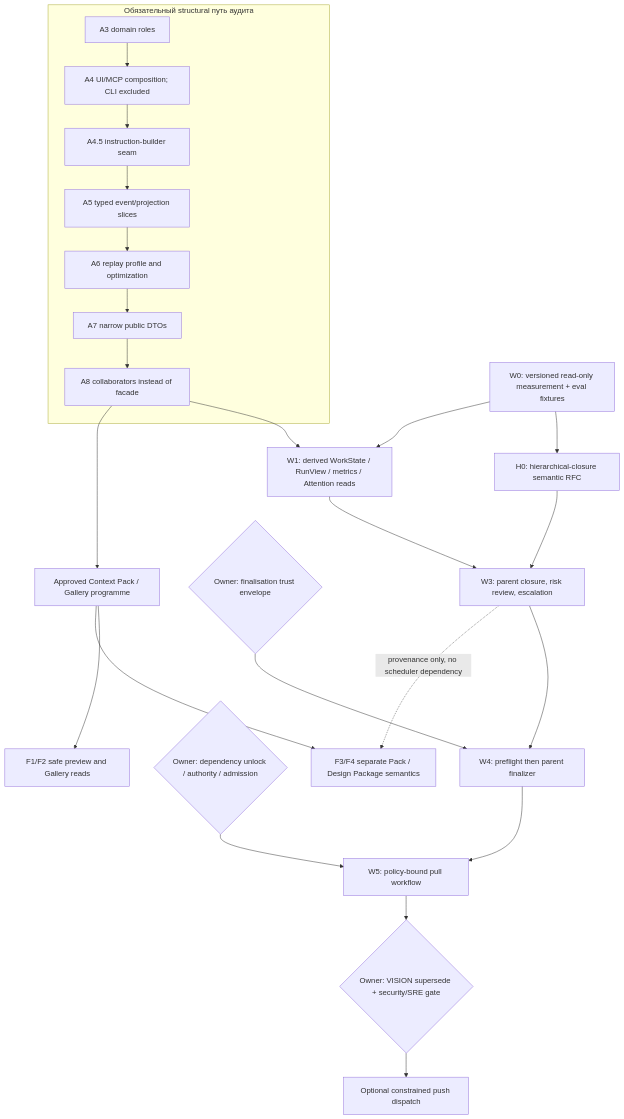
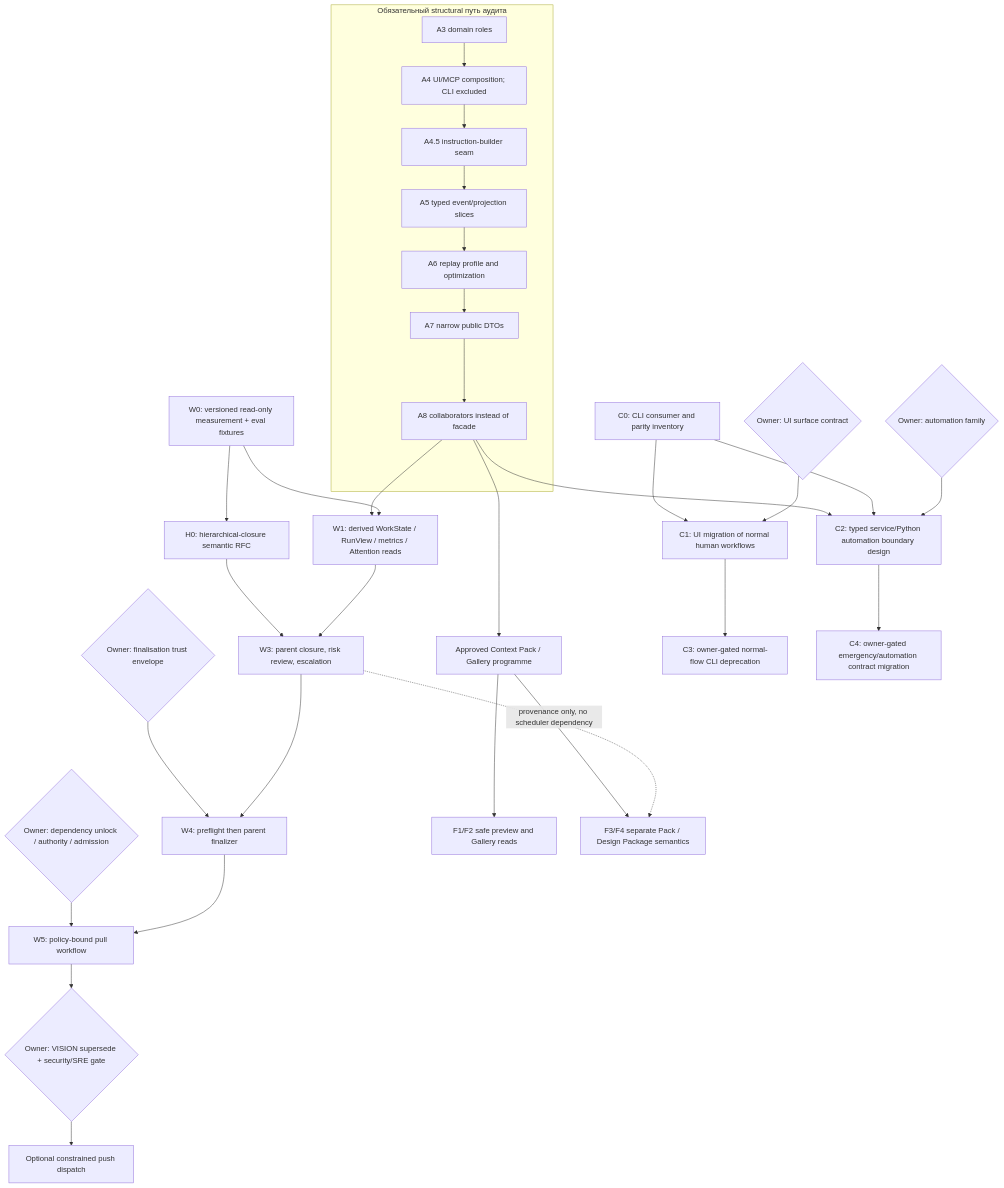
Before and after one commit to BejeweledMe/agent-commons: the diagram in docs/architecture-improvement-implementation-plan.md, drawn with Mermaid. The commit also changed other lines of this file, not shown here.

First line of the commit message:
Plan CLI retirement migration

````diff
--- a/docs/architecture-improvement-implementation-plan.md
+++ b/docs/architecture-improvement-implementation-plan.md
@@ -115,29 +139,37 @@
 ```mermaid
 flowchart TD
   subgraph R[Обязательный structural путь аудита]
     A3[A3 domain roles] --> A4[A4 UI/MCP composition; CLI excluded]
     A4 --> A45[A4.5 instruction-builder seam]
     A45 --> A5[A5 typed event/projection slices]
     A5 --> A6[A6 replay profile and optimization]
     A6 --> A7[A7 narrow public DTOs]
     A7 --> A8[A8 collaborators instead of facade]
   end
 
   M0[W0: versioned read-only measurement + eval fixtures] --> H0[H0: hierarchical-closure semantic RFC]
   A8 --> W1[W1: derived WorkState / RunView / metrics / Attention reads]
   M0 --> W1
   H0 --> W3[W3: parent closure, risk review, escalation]
   W1 --> W3
 
   D3{Owner: finalisation trust envelope} --> W4[W4: preflight then parent finalizer]
   W3 --> W4
   D4{Owner: dependency unlock / authority / admission} --> W5[W5: policy-bound pull workflow]
   W4 --> W5
   D9{Owner: VISION supersede + security/SRE gate} --> Push[Optional constrained push dispatch]
   W5 --> D9
 
   A8 --> P1[Approved Context Pack / Gallery programme]
   P1 --> P2[F1/F2 safe preview and Gallery reads]
   P1 --> P3[F3/F4 separate Pack / Design Package semantics]
   W3 -. provenance only, no scheduler dependency .-> P3
+
+  C0[C0: CLI consumer and parity inventory] --> C1[C1: UI migration of normal human workflows]
+  A8 --> C2[C2: typed service/Python automation boundary design]
+  C0 --> C2
+  DC1{Owner: UI surface contract} --> C1
+  DC2{Owner: automation family} --> C2
+  C1 --> C3[C3: owner-gated normal-flow CLI deprecation]
+  C2 --> C4[C4: owner-gated emergency/automation contract migration]
 ```
````
